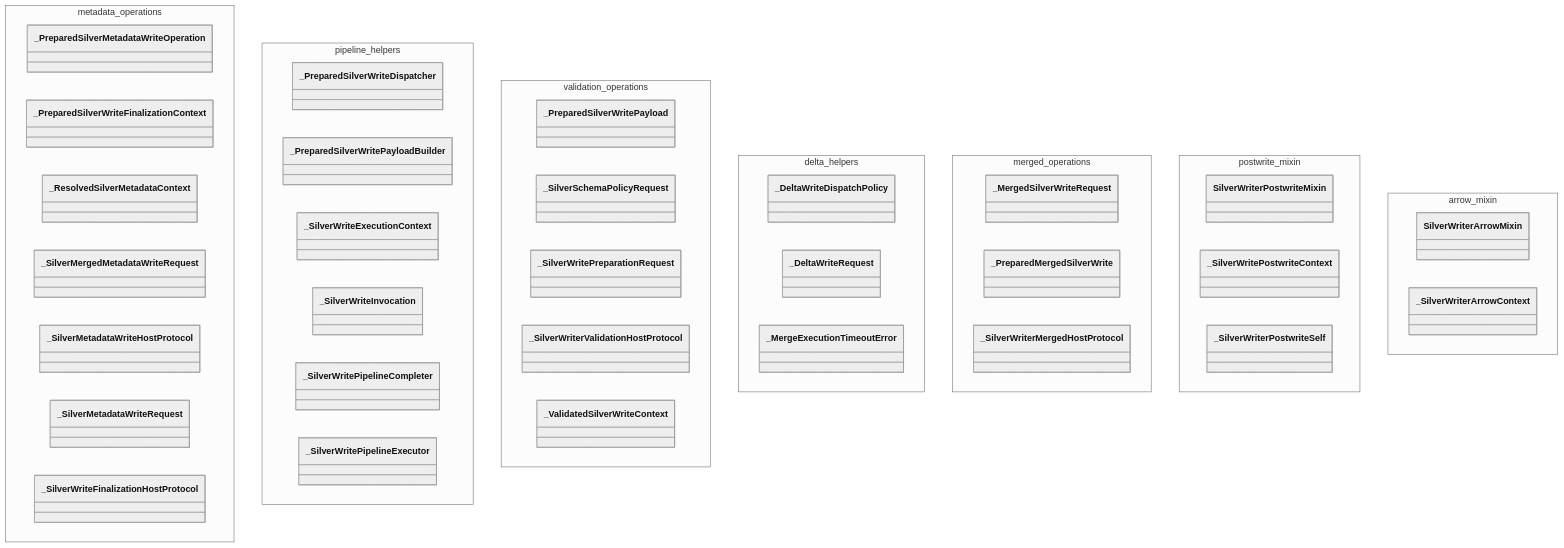
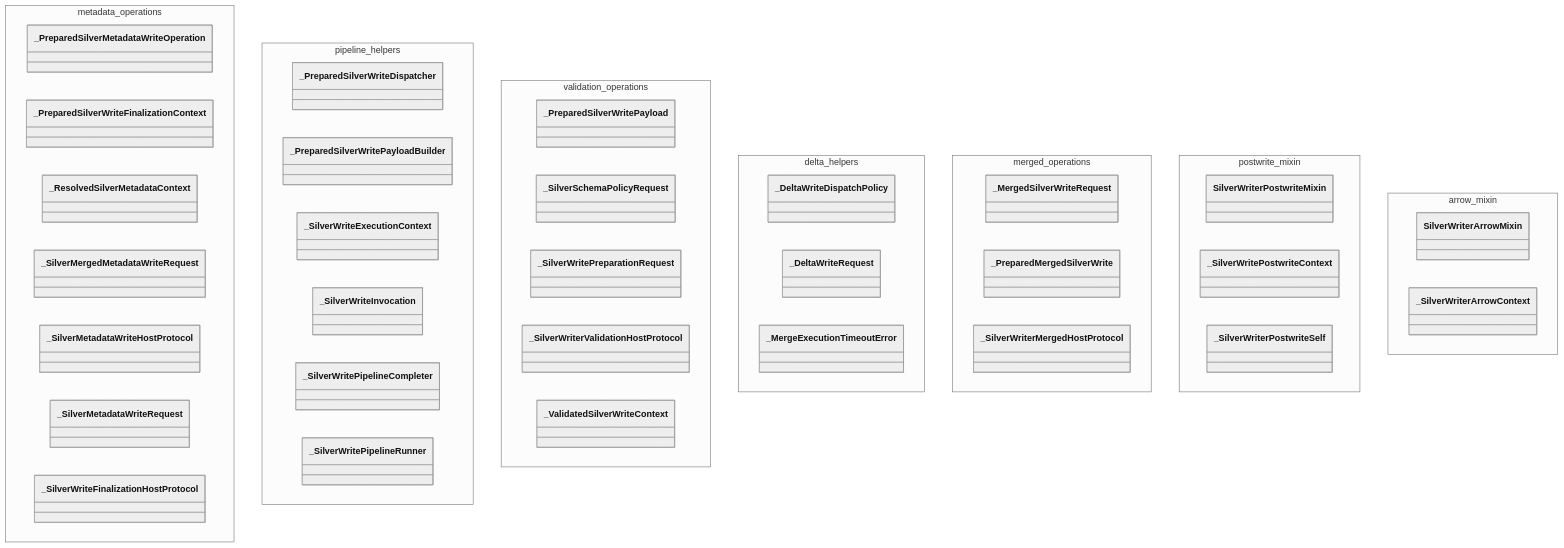
One commit to SatoryKono/BioactivityDataAcquisition changed the diagram in docs/02-architecture/diagrams/class-diagrams/90-pkg-infrastructure-storage-silver-part1.mmd. Above: the diagram before and after it, drawn with Mermaid (neutral theme). The commit also changed 375 other files, not shown here.

```diff
--- a/docs/02-architecture/diagrams/class-diagrams/90-pkg-infrastructure-storage-silver-part1.mmd
+++ b/docs/02-architecture/diagrams/class-diagrams/90-pkg-infrastructure-storage-silver-part1.mmd
@@ -1,60 +1,60 @@
 %% Title: Package Family: infrastructure/storage/silver (Part 1/2)
 %% Covers: AST-derived supplemental package-family inventory slice for src/bioetl/infrastructure/storage/silver; part 1/2; modules: metadata_operations, pipeline_helpers, validation_operations, delta_helpers, merged_operations, postwrite_mixin.
 %% Components: top-level classes grouped by source module.
 %% @version 1.0.0
 %% @type    classDiagram
 %% @date    2026-03-27
 %% @level   Package Family / Inventory Slice
 %% @nodes   29
 %% @reference Generated supplemental package-family slice used to keep node density within the class-diagram readability budget (<= 30).
 classDiagram
 
     namespace metadata_operations {
         class _PreparedSilverMetadataWriteOperation
         class _PreparedSilverWriteFinalizationContext
         class _ResolvedSilverMetadataContext
         class _SilverMergedMetadataWriteRequest
         class _SilverMetadataWriteHostProtocol
         class _SilverMetadataWriteRequest
         class _SilverWriteFinalizationHostProtocol
     }
 
     namespace pipeline_helpers {
         class _PreparedSilverWriteDispatcher
         class _PreparedSilverWritePayloadBuilder
         class _SilverWriteExecutionContext
         class _SilverWriteInvocation
         class _SilverWritePipelineCompleter
-        class _SilverWritePipelineExecutor
+        class _SilverWritePipelineRunner
     }
 
     namespace validation_operations {
         class _PreparedSilverWritePayload
         class _SilverSchemaPolicyRequest
         class _SilverWritePreparationRequest
         class _SilverWriterValidationHostProtocol
         class _ValidatedSilverWriteContext
     }
 
     namespace delta_helpers {
         class _DeltaWriteDispatchPolicy
         class _DeltaWriteRequest
         class _MergeExecutionTimeoutError
     }
 
     namespace merged_operations {
         class _MergedSilverWriteRequest
         class _PreparedMergedSilverWrite
         class _SilverWriterMergedHostProtocol
     }
 
     namespace postwrite_mixin {
         class SilverWriterPostwriteMixin
         class _SilverWritePostwriteContext
         class _SilverWriterPostwriteSelf
     }
 
     namespace arrow_mixin {
         class SilverWriterArrowMixin
         class _SilverWriterArrowContext
     }
```
